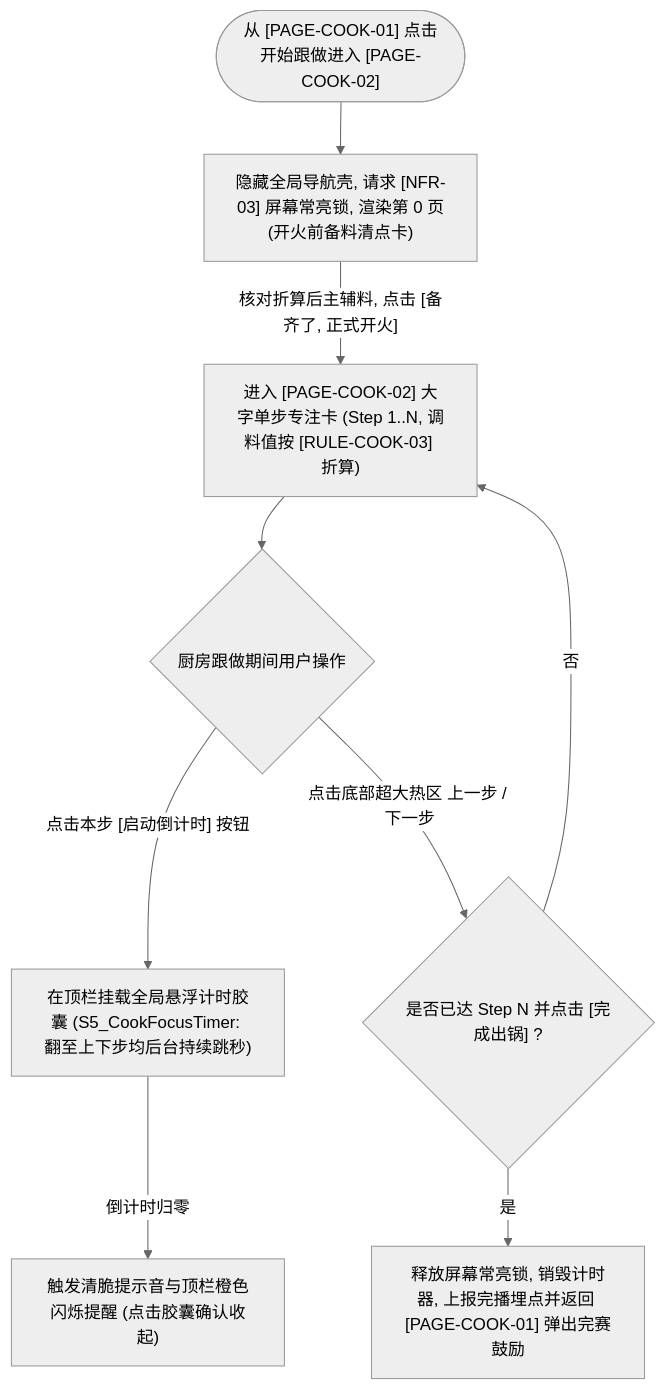
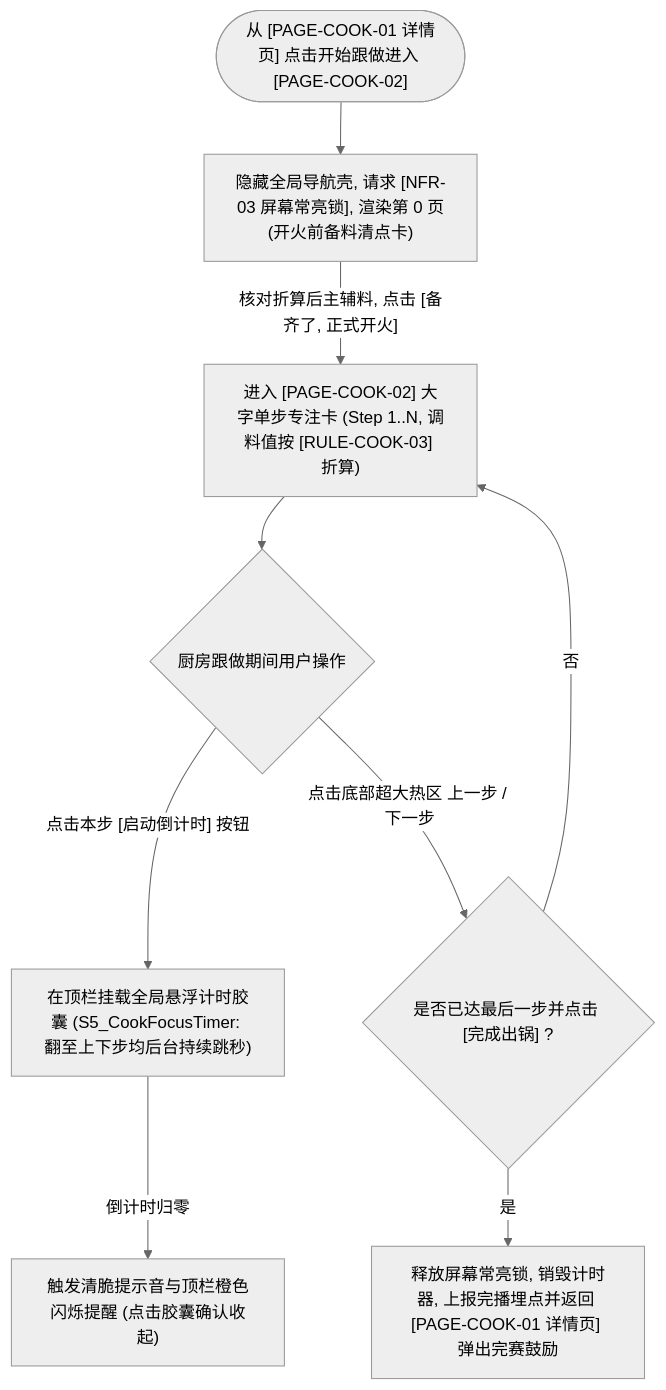
The second of 2 diagrams in Product/spec/04-ia-and-flows/flows/detail-and-cooking.md (icecream154/Cookbook), drawn with Mermaid (neutral theme) before and after one commit. The commit also changed other lines of this file and 43 other files, not shown here.

````diff
--- a/Product/spec/04-ia-and-flows/flows/detail-and-cooking.md
+++ b/Product/spec/04-ia-and-flows/flows/detail-and-cooking.md
@@ -38,13 +40,13 @@
 ```mermaid
 flowchart TD
-    ENTER_COOK(["从 [PAGE-COOK-01] 点击开始跟做进入 [PAGE-COOK-02]"]) --> WAKE_LOCK["隐藏全局导航壳, 请求 [NFR-03] 屏幕常亮锁, 渲染第 0 页(开火前备料清点卡)"]
+    ENTER_COOK(["从 [PAGE-COOK-01 详情页] 点击开始跟做进入 [PAGE-COOK-02]"]) --> WAKE_LOCK["隐藏全局导航壳, 请求 [NFR-03 屏幕常亮锁], 渲染第 0 页(开火前备料清点卡)"]
     WAKE_LOCK -- "核对折算后主辅料, 点击 [备齐了, 正式开火]" --> STEP_N["进入 [PAGE-COOK-02] 大字单步专注卡 (Step 1..N, 调料值按 [RULE-COOK-03] 折算)"]
 
     STEP_N --> STEP_ACT{"厨房跟做期间用户操作"}
     STEP_ACT -- "点击本步 [启动倒计时] 按钮" --> FLOAT_TIMER["在顶栏挂载全局悬浮计时胶囊 (S5_CookFocusTimer: 翻至上下步均后台持续跳秒)"]
     FLOAT_TIMER -- "倒计时归零" --> ALARM["触发清脆提示音与顶栏橙色闪烁提醒 (点击胶囊确认收起)"]
 
-    STEP_ACT -- "点击底部超大热区 上一步 / 下一步" --> NAV_STEP{"是否已达 Step N 并点击 [完成出锅] ?"}
+    STEP_ACT -- "点击底部超大热区 上一步 / 下一步" --> NAV_STEP{"是否已达最后一步并点击 [完成出锅] ?"}
     NAV_STEP -- "否" --> STEP_N
-    NAV_STEP -- "是" --> FINISH["释放屏幕常亮锁, 销毁计时器, 上报完播埋点并返回 [PAGE-COOK-01] 弹出完赛鼓励"]
+    NAV_STEP -- "是" --> FINISH["释放屏幕常亮锁, 销毁计时器, 上报完播埋点并返回 [PAGE-COOK-01 详情页] 弹出完赛鼓励"]
 ```
````
